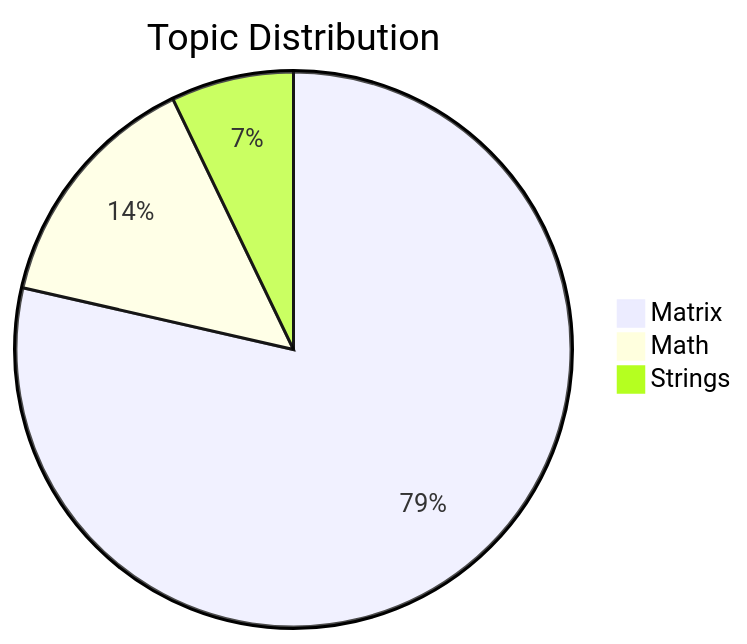
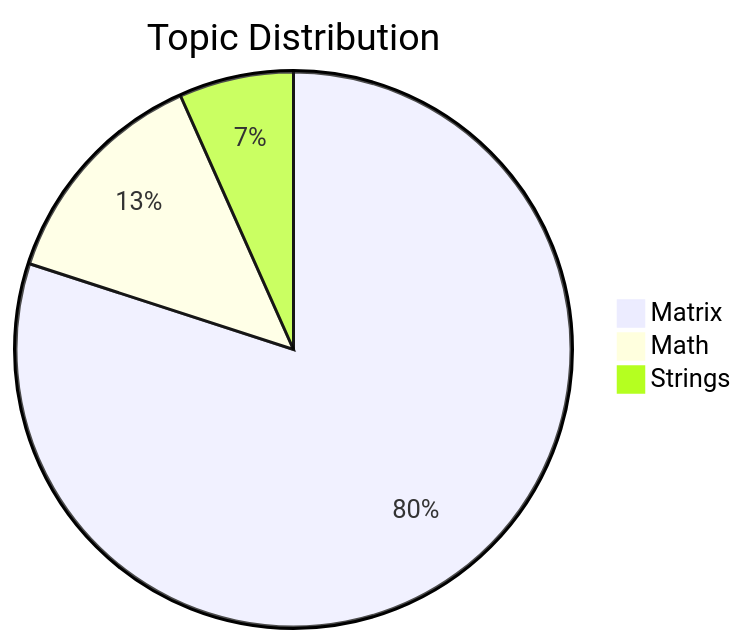
One commit to PrasannaTheBest/60-Days-Hell-Period changed the second of 2 diagrams in README.md. Above: the diagram before and after it, drawn with Mermaid. The commit also changed other lines of this file, not shown here.

````diff
--- a/README.md
+++ b/README.md
@@ -73,6 +73,6 @@
 ```mermaid
 pie title Topic Distribution
-    "Matrix" : 11
+    "Matrix" : 12
     "Math" : 2
     "Strings" : 1
 ```
````
